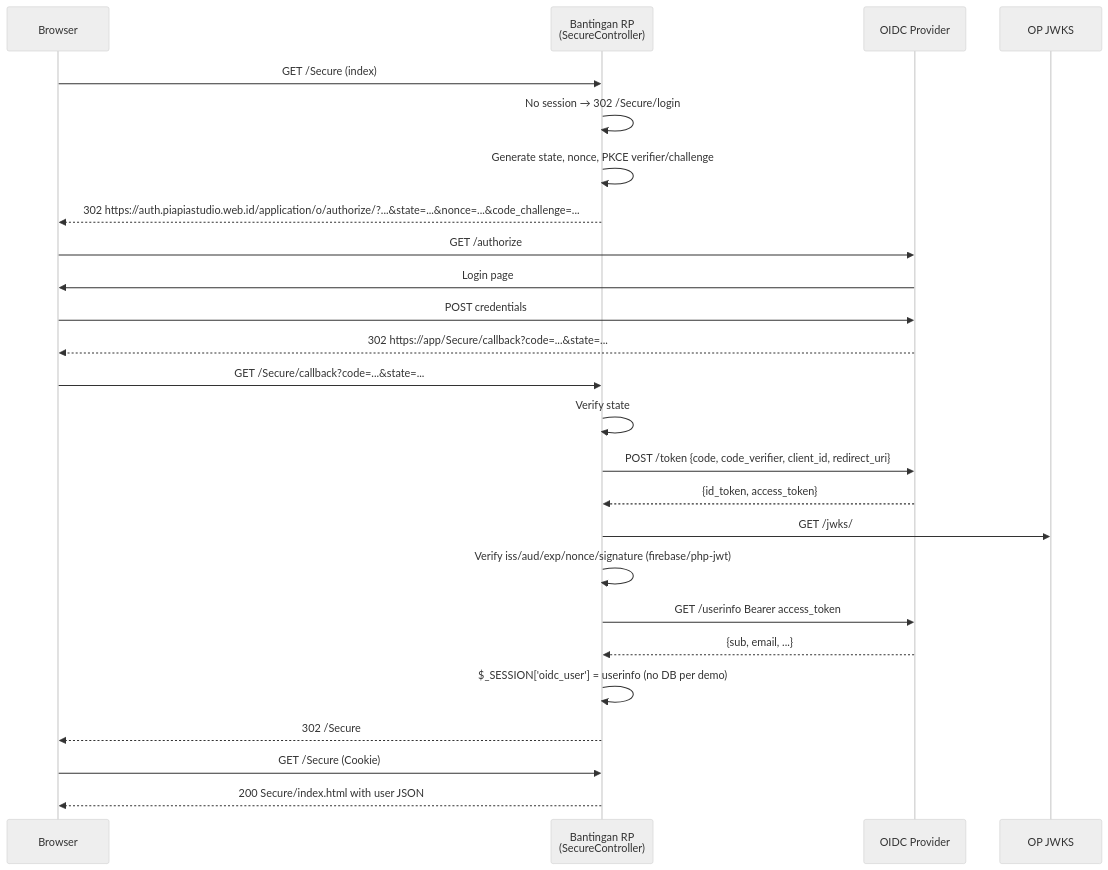
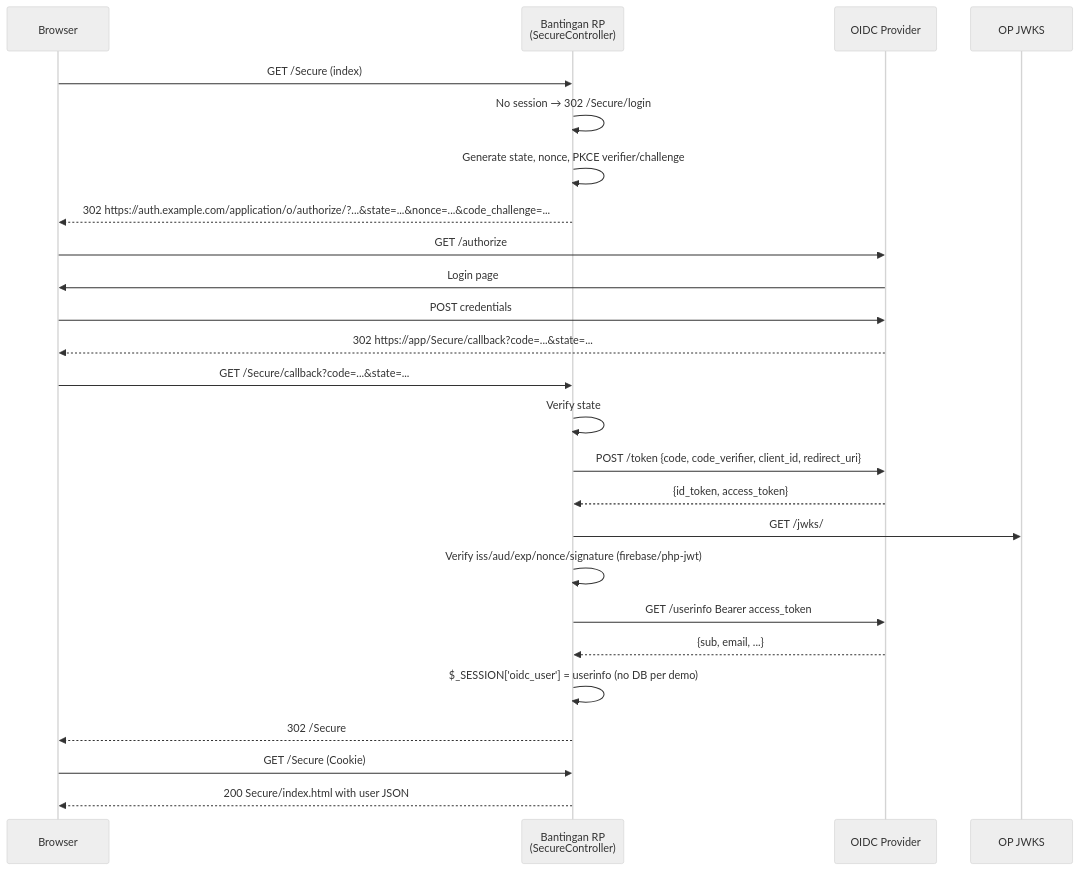
One commit to susilon/bantingan-oidc changed the second of 3 diagrams in README.md. Above: the diagram before and after it, drawn with Mermaid (neutral theme). The commit also changed other lines of this file, not shown here.

````diff
--- a/README.md
+++ b/README.md
@@ -77,28 +77,28 @@
 ```mermaid
 sequenceDiagram
     participant B as Browser
     participant R as Bantingan RP<br/>(SecureController)
     participant OP as OIDC Provider
     participant J as OP JWKS
 
     B->>R: GET /Secure (index)
     R->>R: No session → 302 /Secure/login
     R->>R: Generate state, nonce, PKCE verifier/challenge
-    R-->>B: 302 https://auth.piapiastudio.web.id/application/o/authorize/?...&state=...&nonce=...&code_challenge=...
+    R-->>B: 302 https://auth.example.com/application/o/authorize/?...&state=...&nonce=...&code_challenge=...
     B->>OP: GET /authorize
     OP->>B: Login page
     B->>OP: POST credentials
     OP-->>B: 302 https://app/Secure/callback?code=...&state=...
     B->>R: GET /Secure/callback?code=...&state=...
     R->>R: Verify state
     R->>OP: POST /token {code, code_verifier, client_id, redirect_uri}
     OP-->>R: {id_token, access_token}
     R->>J: GET /jwks/
     R->>R: Verify iss/aud/exp/nonce/signature (firebase/php-jwt)
     R->>OP: GET /userinfo Bearer access_token
     OP-->>R: {sub, email, ...}
     R->>R: $_SESSION['oidc_user'] = userinfo (no DB per demo)
     R-->>B: 302 /Secure
     B->>R: GET /Secure (Cookie)
     R-->>B: 200 Secure/index.html with user JSON
 ```
````
